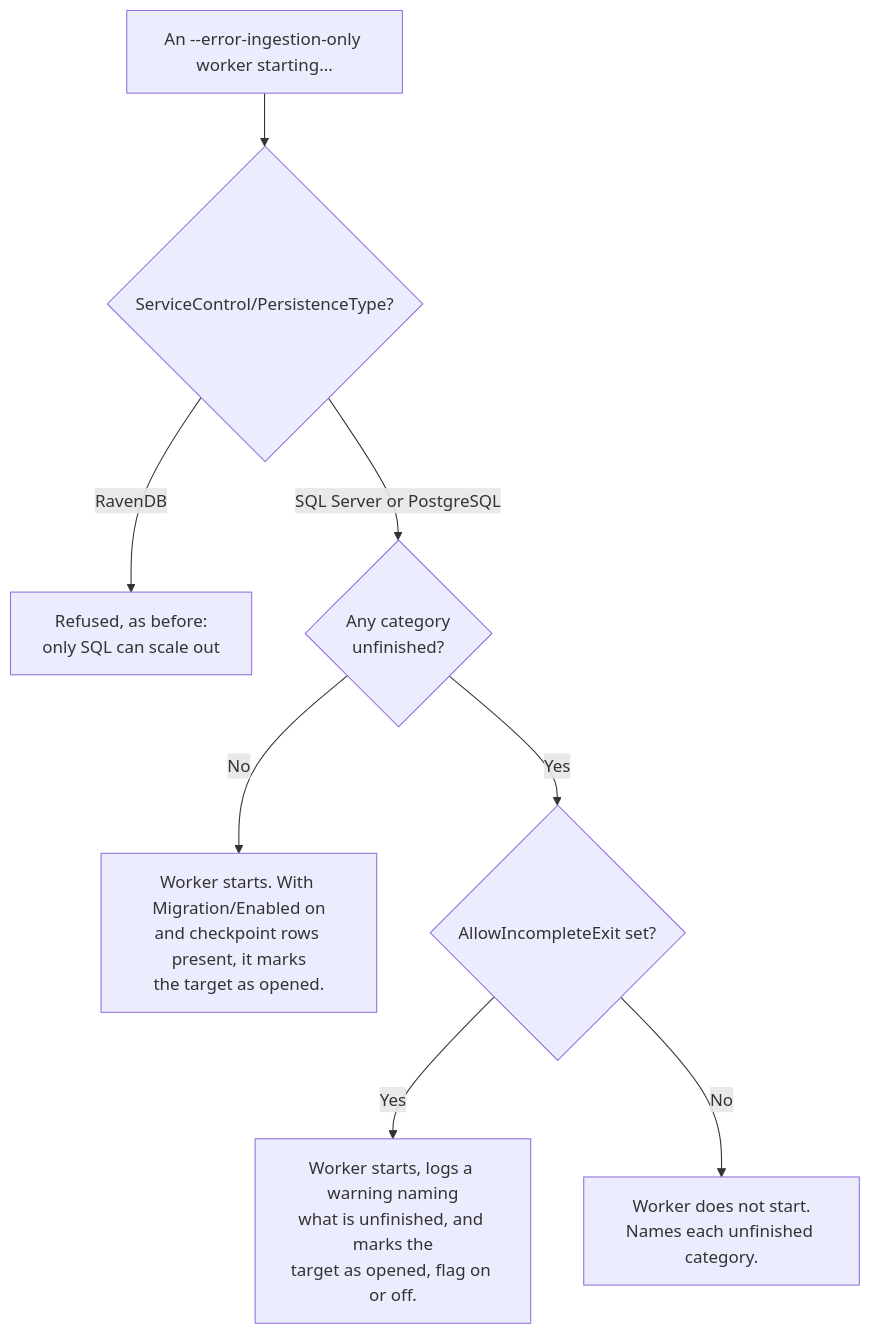
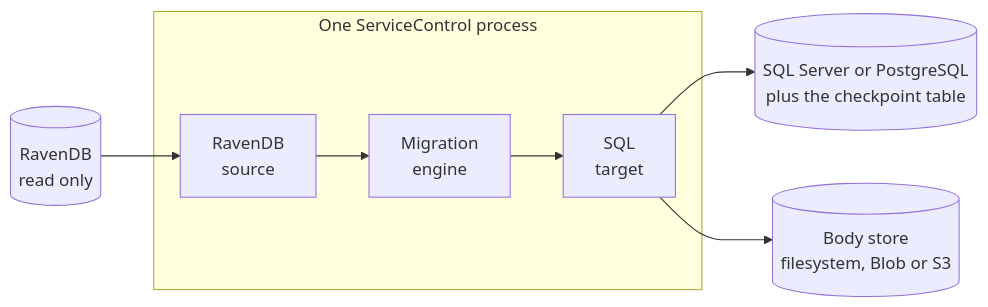
One commit to Particular/ServiceControl changed the third of 5 diagrams in docs/migration/ravendb-to-sql-migration-overview.md. Above: the diagram before and after it, drawn with Mermaid. The commit also changed other lines of this file and 62 other files, not shown here.

Commit message:
Refactor migration commands and error handling

````diff
--- a/docs/migration/ravendb-to-sql-migration-overview.md
+++ b/docs/migration/ravendb-to-sql-migration-overview.md
@@ -186,10 +77,9 @@
 ```mermaid
-flowchart TB
-    W["An --error-ingestion-only worker starting..."] --> WP{"ServiceControl/PersistenceType?"}
-    WP -->|"RavenDB"| WR["Refused, as before:<br/>only SQL can scale out"]
-    WP -->|"SQL Server or PostgreSQL"| WU{"Any category<br/>unfinished?"}
-    WU -->|"No"| WS["Worker starts. With Migration/Enabled on<br/>and checkpoint rows present, it marks<br/>the target as opened."]
-    WU -->|"Yes"| WA{"AllowIncompleteExit set?"}
-    WA -->|"Yes"| WY["Worker starts, logs a warning naming<br/>what is unfinished, and marks the<br/>target as opened, flag on or off."]
-    WA -->|"No"| WX["Worker does not start.<br/>Names each unfinished category."]
+flowchart LR
+    subgraph host["One ServiceControl process"]
+        src["RavenDB<br/>source"] --> eng["Migration<br/>engine"] --> tgt["SQL<br/>target"]
+    end
+    old[("RavenDB<br/>read only")] --> src
+    tgt --> sql[("SQL Server or PostgreSQL<br/>plus the checkpoint table")]
+    tgt --> bod[("Body store<br/>filesystem, Blob or S3")]
 ```
````
